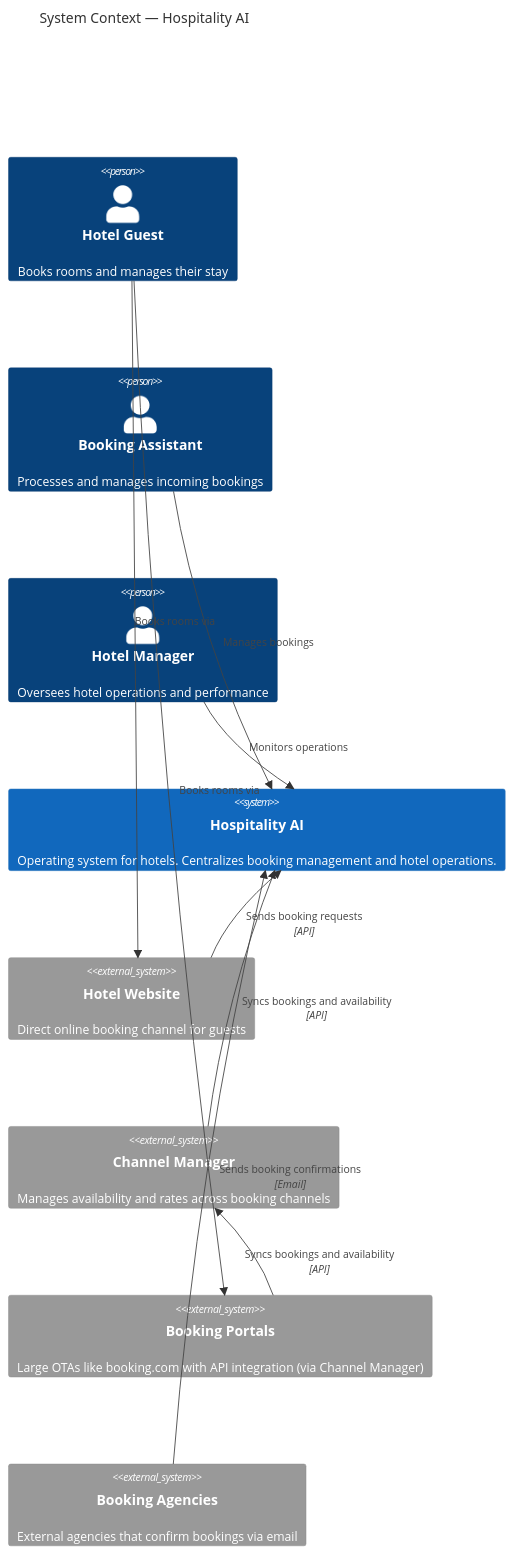
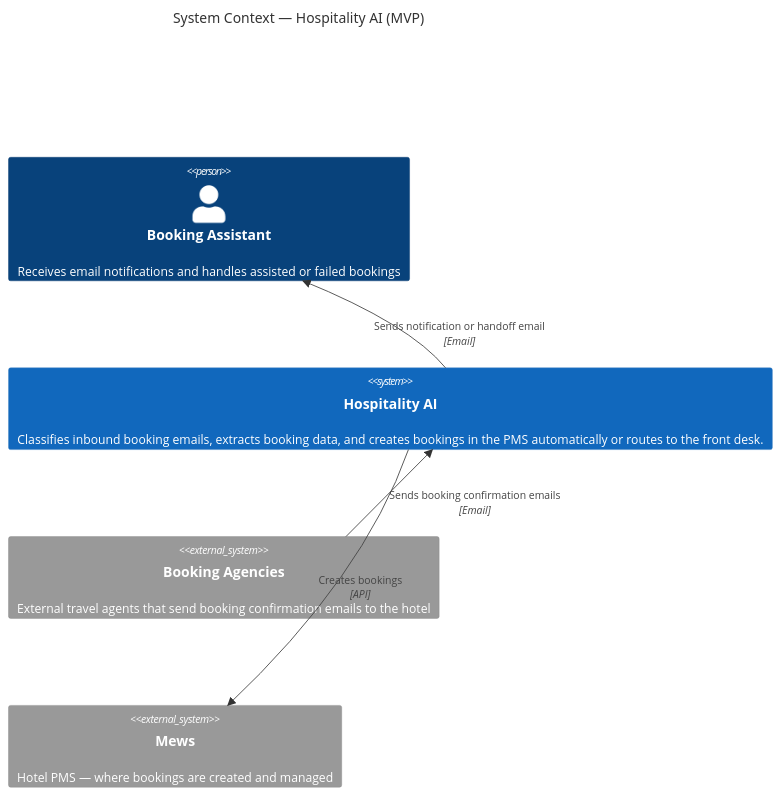
One commit to torelain/hospitalityai changed the diagram in docs/architecture/README.md. Above: the diagram before and after it, drawn with Mermaid. The commit also changed other lines of this file and 1 other file, not shown here.

Commit message:
docs: update C1 architecture diagram to MVP scope
Narrow system context to email channel only — removes Hotel Guest,
Hotel Manager, Hotel Website, Channel Manager, and Booking Portals.
Adds Mews as explicit external system.

````diff
--- a/docs/architecture/README.md
+++ b/docs/architecture/README.md
@@ -9,24 +9,15 @@
 ```mermaid
 C4Context
-  title System Context — Hospitality AI
+  title System Context — Hospitality AI (MVP)
 
-  Person(guest, "Hotel Guest", "Books rooms and manages their stay")
-  Person(assistant, "Booking Assistant", "Processes and manages incoming bookings")
-  Person(manager, "Hotel Manager", "Oversees hotel operations and performance")
+  Person(assistant, "Booking Assistant", "Receives email notifications and handles assisted or failed bookings")
 
-  System(hospitality_ai, "Hospitality AI", "Operating system for hotels. Centralizes booking management and hotel operations.")
+  System(hospitality_ai, "Hospitality AI", "Classifies inbound booking emails, extracts booking data, and creates bookings in the PMS automatically or routes to the front desk.")
 
-  System_Ext(website, "Hotel Website", "Direct online booking channel for guests")
-  System_Ext(channel_manager, "Channel Manager", "Manages availability and rates across booking channels")
-  System_Ext(booking_portals, "Booking Portals", "Large OTAs like booking.com with API integration (via Channel Manager)")
-  System_Ext(agencies, "Booking Agencies", "External agencies that confirm bookings via email")
+  System_Ext(agencies, "Booking Agencies", "External travel agents that send booking confirmation emails to the hotel")
+  System_Ext(mews, "Mews", "Hotel PMS — where bookings are created and managed")
 
-  Rel(guest, website, "Books rooms via")
-  Rel(guest, booking_portals, "Books rooms via")
-  Rel(website, hospitality_ai, "Sends booking requests", "API")
-  Rel(agencies, hospitality_ai, "Sends booking confirmations", "Email")
-  Rel(channel_manager, hospitality_ai, "Syncs bookings and availability", "API")
-  Rel(booking_portals, channel_manager, "Syncs bookings and availability", "API")
-  Rel(assistant, hospitality_ai, "Manages bookings")
-  Rel(manager, hospitality_ai, "Monitors operations")
+  Rel(agencies, hospitality_ai, "Sends booking confirmation emails", "Email")
+  Rel(hospitality_ai, mews, "Creates bookings", "API")
+  Rel(hospitality_ai, assistant, "Sends notification or handoff email", "Email")
 ```
````
